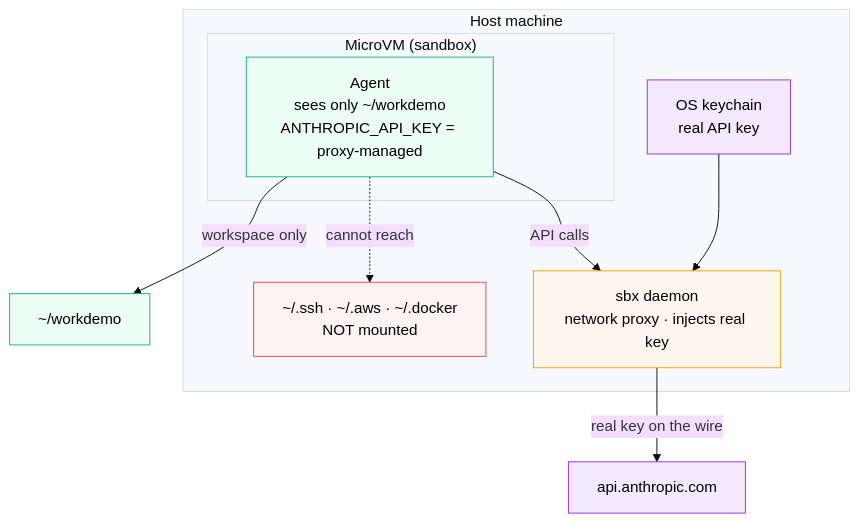
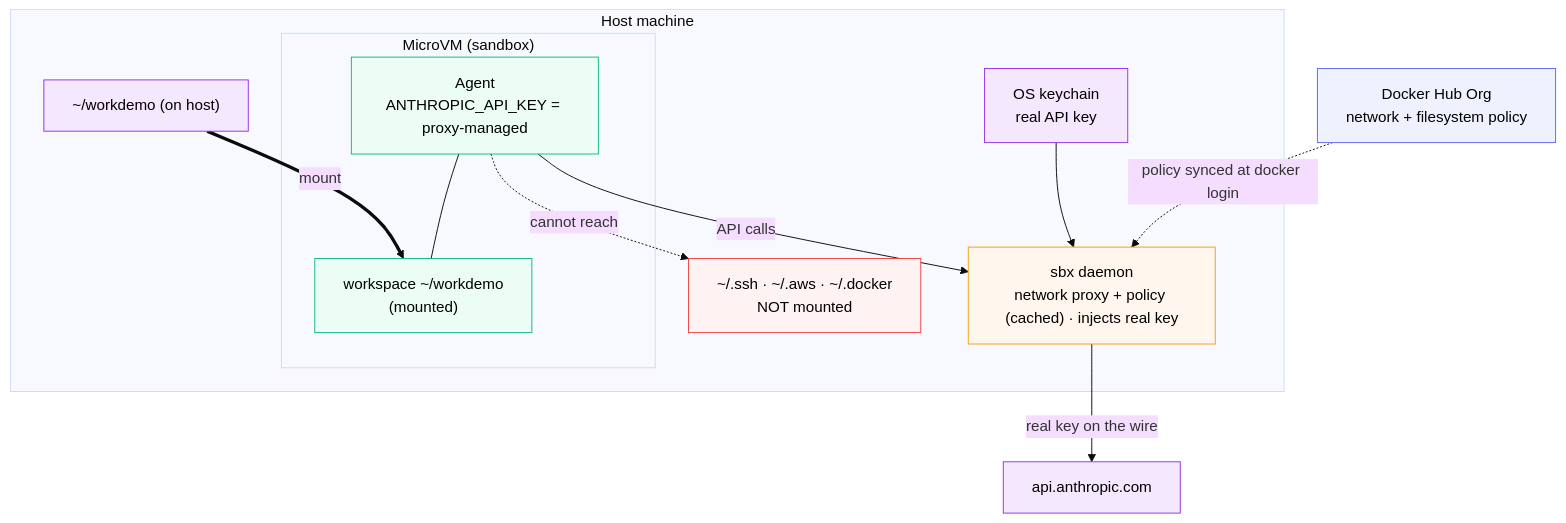
One commit to ajeetraina/labspace-docker-ai-governance changed the diagram in labspace/16-sandboxing-the-agent.md. Above: the diagram before and after it, drawn with Mermaid (base theme). The commit also changed 6 other files, not shown here.

First line of the commit message:
Strengthen runtime diagrams: host, MicroVM, mounted workspace, policy

````diff
--- a/labspace/16-sandboxing-the-agent.md
+++ b/labspace/16-sandboxing-the-agent.md
@@ -3,25 +3,32 @@
 ```mermaid
 flowchart TB
+    HUB["Docker Hub Org<br/>network + filesystem policy"]
     subgraph HOST["Host machine"]
-        subgraph VM["MicroVM (sandbox)"]
-            AGENT["Agent<br/>sees only ~/workdemo<br/>ANTHROPIC_API_KEY = proxy-managed"]
-        end
-        PROXY["sbx daemon<br/>network proxy · injects real key"]
+        DAEMON["sbx daemon<br/>network proxy + policy (cached) · injects real key"]
+        WORK["~/workdemo (on host)"]
         SECRETS["~/.ssh · ~/.aws · ~/.docker<br/>NOT mounted"]
         KEY["OS keychain<br/>real API key"]
+        subgraph VM["MicroVM (sandbox)"]
+            AGENT["Agent<br/>ANTHROPIC_API_KEY = proxy-managed"]
+            WS["workspace ~/workdemo<br/>(mounted)"]
+            AGENT --- WS
+        end
     end
-    AGENT -- "workspace only" --> WORK["~/workdemo"]
+    HUB -. "policy synced at docker login" .-> DAEMON
+    WORK == "mount" ==> WS
     AGENT -. "cannot reach" .-> SECRETS
-    AGENT -- "API calls" --> PROXY
-    KEY --> PROXY
-    PROXY -- "real key on the wire" --> ANTHROPIC["api.anthropic.com"]
+    AGENT -- "API calls" --> DAEMON
+    KEY --> DAEMON
+    DAEMON -- "real key on the wire" --> ANTHROPIC["api.anthropic.com"]
 
+    classDef hub fill:#eef2ff,stroke:#6366f1,color:#000
     classDef vm fill:#ecfdf5,stroke:#10b981,color:#000
     classDef pol fill:#fff7ed,stroke:#f59e0b,color:#000
     classDef deny fill:#fef2f2,stroke:#ef4444,color:#000
     classDef key fill:#f3e8fd,stroke:#9333ea,color:#000
-    class AGENT,WORK vm
-    class PROXY pol
+    class HUB hub
+    class AGENT,WS vm
+    class DAEMON pol
     class SECRETS deny
-    class KEY,ANTHROPIC key
+    class KEY,ANTHROPIC,WORK key
 ```
````
